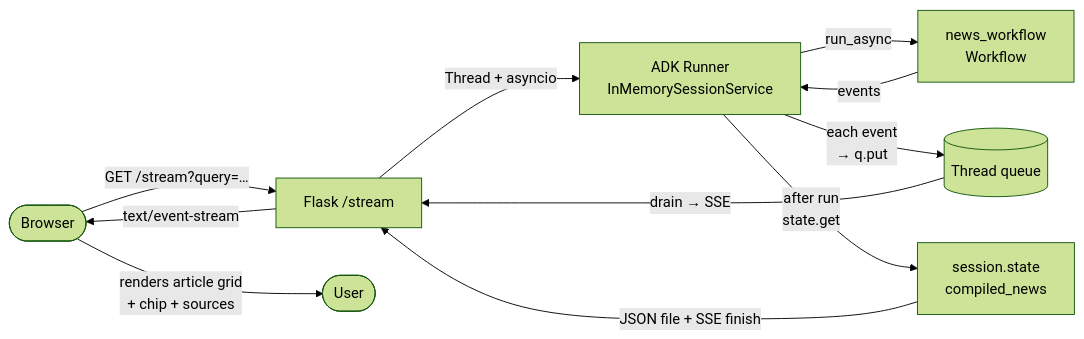
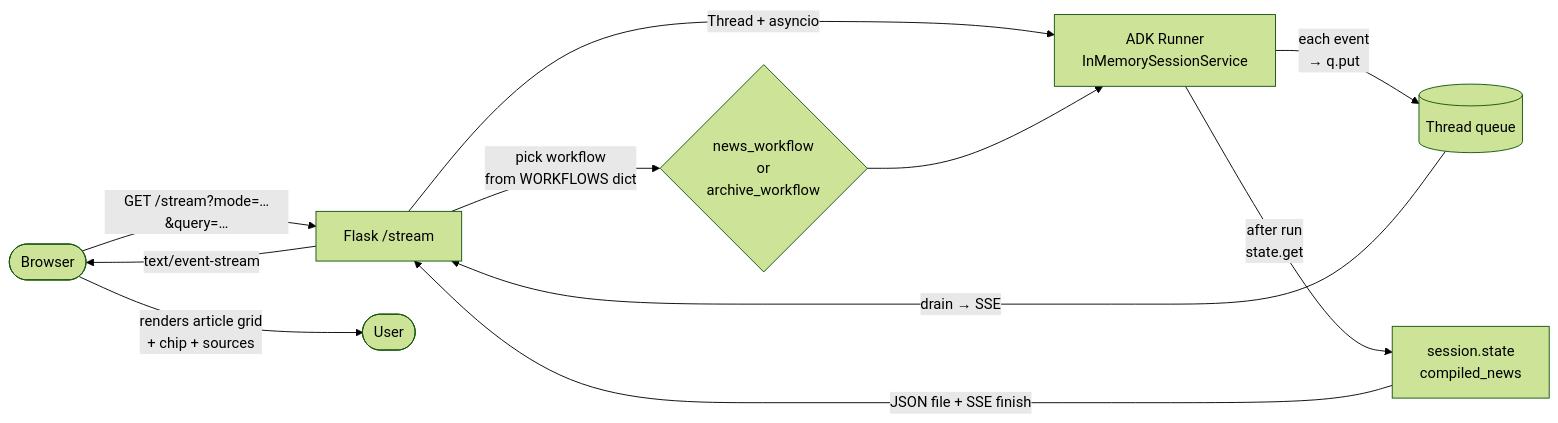
One commit to LuisSala/agent-workshop changed the second of 2 diagrams in modules/04-vector-search/README.md. Above: the diagram before and after it, drawn with Mermaid (forest theme). The commit also changed other lines of this file, not shown here.

First line of the commit message:
docs(mod04): Rewrite README for two-workflow architecture

````diff
--- a/modules/04-vector-search/README.md
+++ b/modules/04-vector-search/README.md
@@ -208,13 +194,13 @@
 ```mermaid
 flowchart LR
-    Browser([Browser]) -->|GET /stream?query=…| Flask[Flask /stream]
+    Browser([Browser]) -->|GET /stream?mode=…&query=…| Flask[Flask /stream]
+    Flask -->|pick workflow<br/>from WORKFLOWS dict| WF{news_workflow<br/>or<br/>archive_workflow}
     Flask -->|Thread + asyncio| Runner[ADK Runner<br/>InMemorySessionService]
-    Runner -->|run_async| WF[news_workflow<br/>Workflow]
-    WF -->|events| Runner
+    WF --> Runner
     Runner -->|each event<br/>→ q.put| Q[(Thread queue)]
     Q -->|drain → SSE| Flask
     Flask -->|text/event-stream| Browser
     Runner -->|after run<br/>state.get| State[session.state<br/>compiled_news]
     State -->|JSON file + SSE finish| Flask
     Browser -->|renders article grid<br/>+ chip + sources| User([User])
 ```
````
